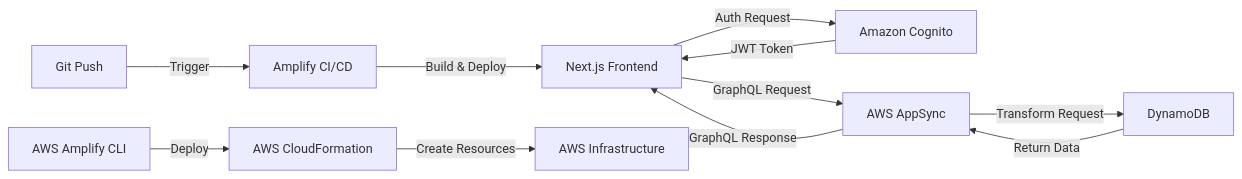
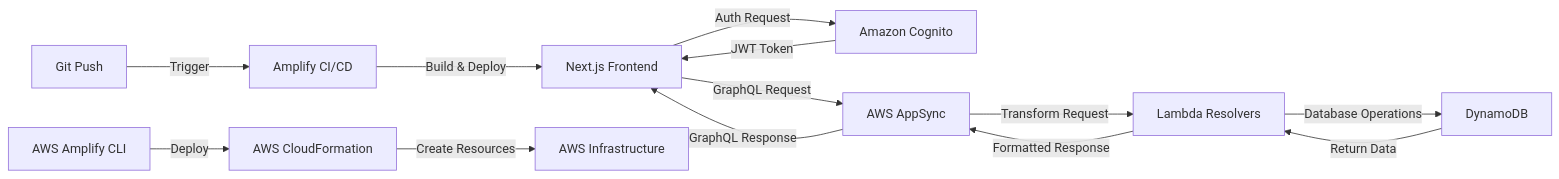
The first of 4 diagrams in README.md (JulianZ-CD/stroop-test-app), drawn with Mermaid before and after one commit. The commit also changed other lines of this file, not shown here.

````diff
--- a/README.md
+++ b/README.md
@@ -38,16 +40,18 @@
 ```mermaid
 graph LR
     A[Next.js Frontend] -->|Auth Request| B[Amazon Cognito]
     B -->|JWT Token| A
     
     A -->|GraphQL Request| C[AWS AppSync]
-    C -->|Transform Request| D[DynamoDB]
-    D -->|Return Data| C
+    C -->|Transform Request| D[Lambda Resolvers]
+    D -->|Database Operations| E[DynamoDB]
+    E -->|Return Data| D
+    D -->|Formatted Response| C
     C -->|GraphQL Response| A
     
-    E[AWS Amplify CLI] -->|Deploy| F[AWS CloudFormation]
-    F -->|Create Resources| G[AWS Infrastructure]
+    F[AWS Amplify CLI] -->|Deploy| G[AWS CloudFormation]
+    G -->|Create Resources| H[AWS Infrastructure]
     
-    H[Git Push] -->|Trigger| I[Amplify CI/CD]
-    I -->|Build & Deploy| A
+    I[Git Push] -->|Trigger| J[Amplify CI/CD]
+    J -->|Build & Deploy| A
 ```
````
